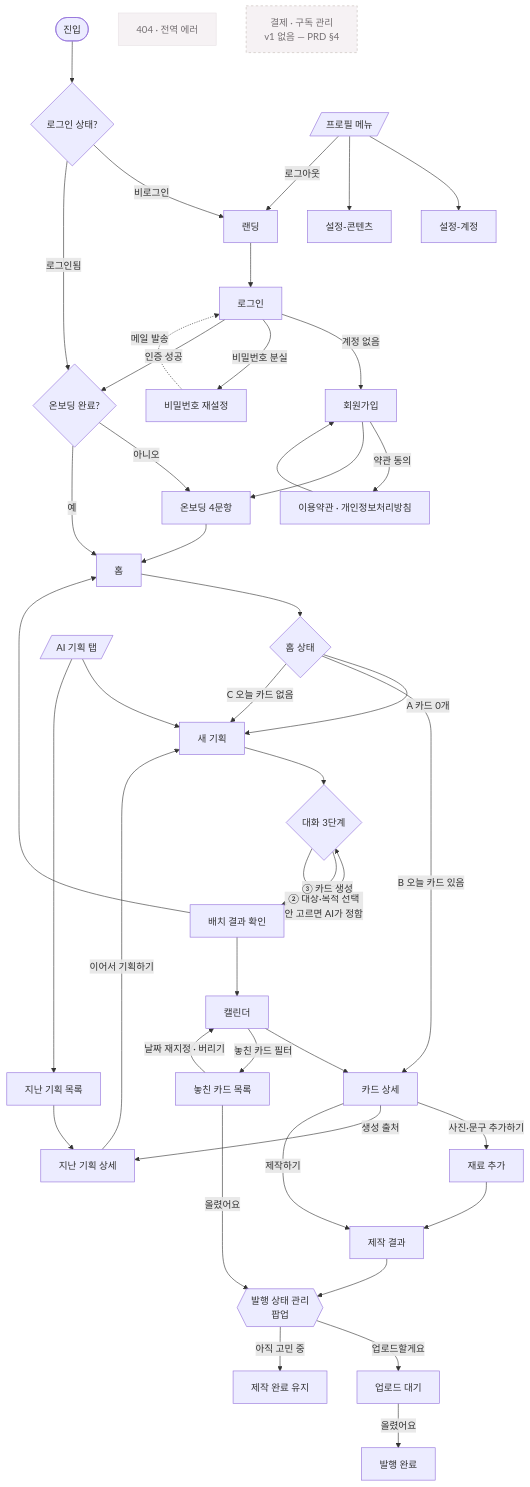
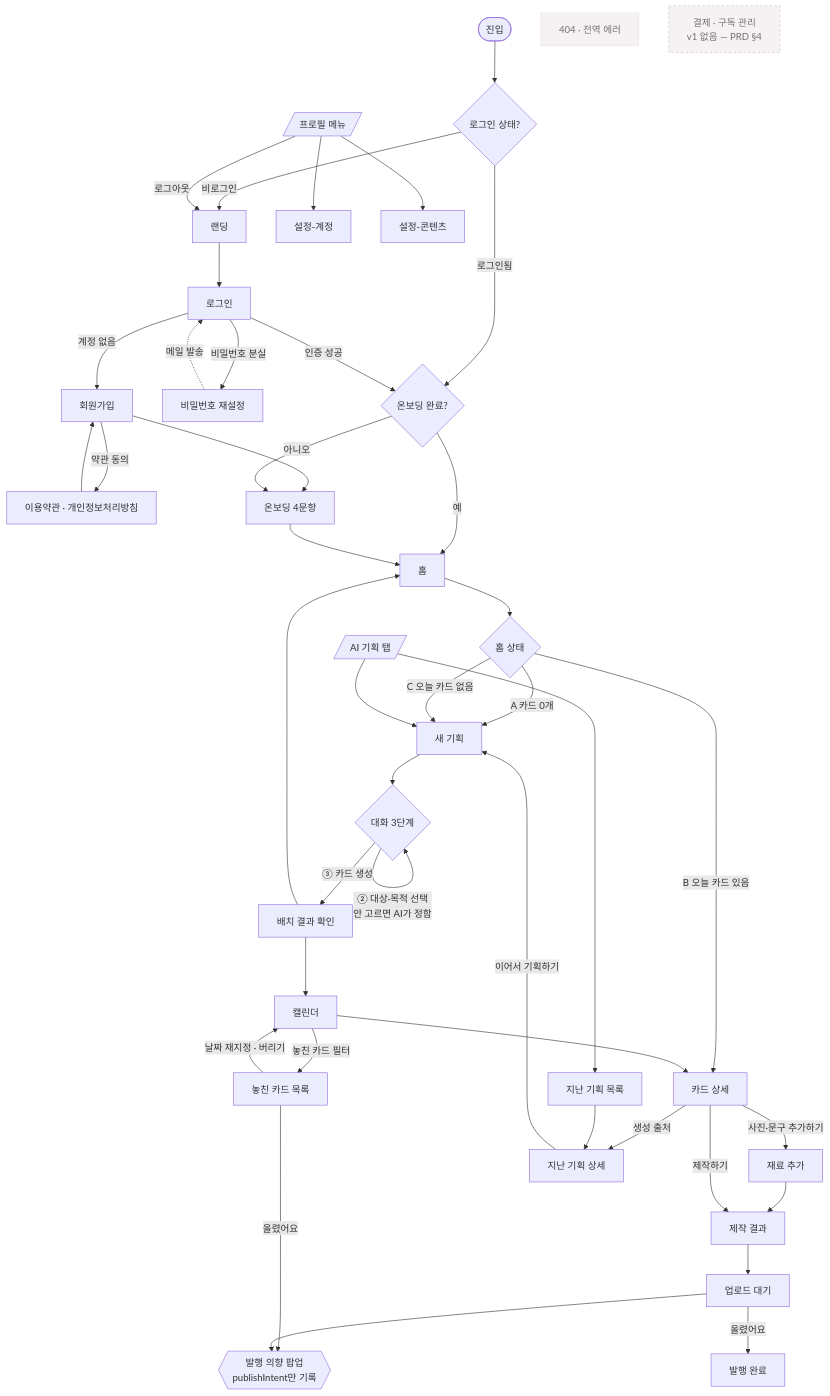
The diagram in PLAN.md (LucaAn1991/chagok-archive), drawn with Mermaid before and after one commit. The commit also changed other lines of this file and 7 other files, not shown here.

````diff
--- a/PLAN.md
+++ b/PLAN.md
@@ -321,62 +324,61 @@
 ```mermaid
 flowchart TD
     START([진입]) --> AUTH{로그인 상태?}
 
     AUTH -->|비로그인| LANDING[랜딩]
     LANDING --> LOGIN[로그인]
     LOGIN -->|계정 없음| SIGNUP[회원가입]
     LOGIN -->|비밀번호 분실| RESET[비밀번호 재설정]
     RESET -.메일 발송.-> LOGIN
     SIGNUP -->|약관 동의| TERMS[이용약관 · 개인정보처리방침]
     TERMS --> SIGNUP
     SIGNUP --> ONB
 
     AUTH -->|로그인됨| GUARD{온보딩 완료?}
     LOGIN -->|인증 성공| GUARD
     GUARD -->|아니오| ONB[온보딩 4문항]
     GUARD -->|예| HOME
 
     ONB --> HOME[홈]
 
     HOME --> HS{홈 상태}
     HS -->|A 카드 0개| PLANNEW
     HS -->|B 오늘 카드 있음| CARD
     HS -->|C 오늘 카드 없음| PLANNEW
 
     PLANNEW[새 기획] --> STEP{대화 3단계}
     STEP -->|① 주제 확인<br/>주제 없을 때만| STEP
     STEP -->|② 대상·목적 선택<br/>안 고르면 AI가 정함| STEP
     STEP -->|③ 카드 생성| RESULT[배치 결과 확인]
     RESULT --> CAL[캘린더]
     RESULT --> HOME
 
     CAL --> CARD[카드 상세]
     CAL -->|놓친 카드 필터| MISSED[놓친 카드 목록]
     MISSED -->|날짜 재지정 · 버리기| CAL
     MISSED -->|올렸어요| PUB
 
     CARD -->|사진·문구 추가하기| MAT[재료 추가]
     CARD -->|생성 출처| PLANDETAIL[지난 기획 상세]
     MAT --> MAKE
     CARD -->|제작하기| MAKE[제작 결과]
 
-    MAKE --> PUB{{발행 상태 관리<br/>팝업}}
-    PUB -->|업로드할게요| PENDING[업로드 대기]
-    PUB -->|아직 고민 중| CRAFTED[제작 완료 유지]
+    MAKE --> PENDING[업로드 대기]
+    PENDING --> PUB{{발행 의향 팝업<br/>publishIntent만 기록}}
     PENDING -->|올렸어요| PUBLISHED[발행 완료]
 
     GNB[/AI 기획 탭/] --> PLANNEW
     GNB --> PLANLIST[지난 기획 목록]
     PLANLIST --> PLANDETAIL
     PLANDETAIL -->|이어서 기획하기| PLANNEW
 
     PROFILE[/프로필 메뉴/] --> SETACC[설정-계정]
     PROFILE --> SETCON[설정-콘텐츠]
     PROFILE -->|로그아웃| LANDING
 
     ERR[404 · 전역 에러]:::edge
     PAY[결제 · 구독 관리<br/>v1 없음 — PRD §4]:::none
 
     classDef none fill:#F6F2F4,stroke:#C4BDB7,color:#746F72,stroke-dasharray: 4 4
     classDef edge fill:#F6F2F4,stroke:#E8E1E4,color:#746F72
 ```
````
